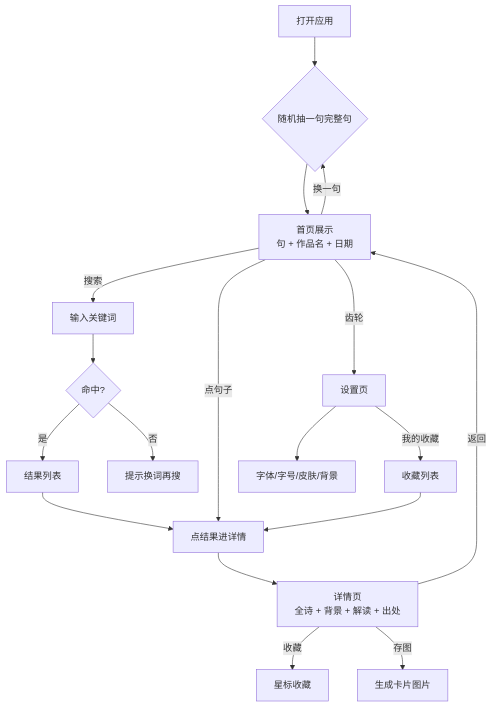
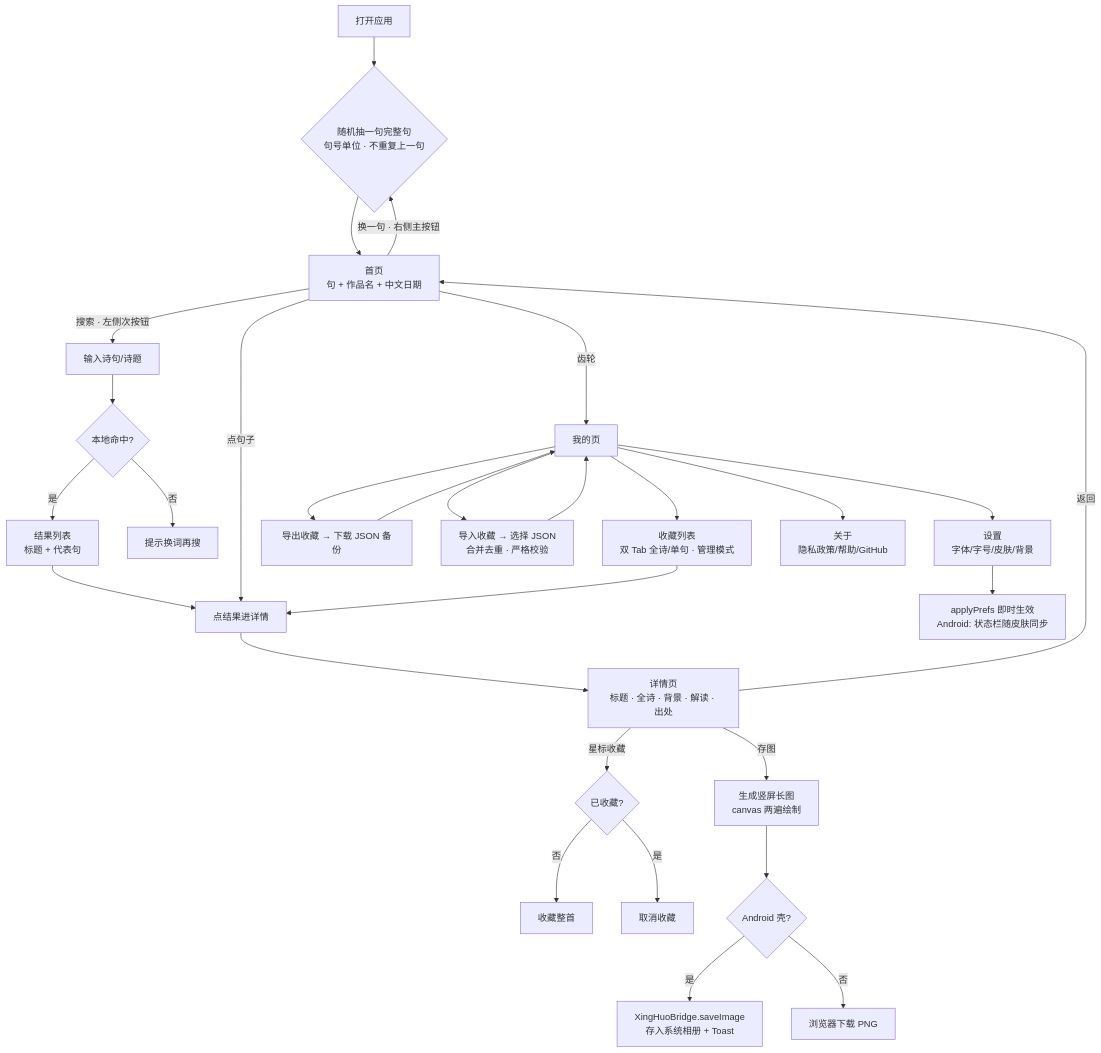
Before and after one commit to CristinaHan/MaoPoem: the first of 6 diagrams in docs/产品流程图.md, drawn with Mermaid. The commit also changed other lines of this file and 55 other files, not shown here.

````diff
--- a/docs/产品流程图.md
+++ b/docs/产品流程图.md
@@ -7,20 +8,31 @@
 ```mermaid
 flowchart TD
-    A[打开应用] --> B{随机抽一句完整句}
-    B --> C[首页展示<br/>句 + 作品名 + 日期]
-    C -->|换一句| B
-    C -->|搜索| D[输入关键词]
-    D --> E{命中?}
-    E -->|是| F[结果列表]
+    A[打开应用] --> B{随机抽一句完整句<br/>句号单位 · 不重复上一句}
+    B --> C[首页<br/>句 + 作品名 + 中文日期]
+    C -->|换一句 · 右侧主按钮| B
+    C -->|搜索 · 左侧次按钮| D[输入诗句/诗题]
+    D --> E{本地命中?}
+    E -->|是| F[结果列表<br/>标题 + 代表句]
     E -->|否| G[提示换词再搜]
     F --> H[点结果进详情]
     C -->|点句子| H
-    H --> I[详情页<br/>全诗 + 背景 + 解读 + 出处]
-    I -->|收藏| J[星标收藏]
-    I -->|存图| K[生成卡片图片]
+    H --> I[详情页<br/>标题 · 全诗 · 背景 · 解读 · 出处]
+    I -->|星标收藏| J{已收藏?}
+    J -->|否| K[收藏整首]
+    J -->|是| L[取消收藏]
+    I -->|存图| M[生成竖屏长图<br/>canvas 两遍绘制]
+    M --> N{Android 壳?}
+    N -->|是| O[XingHuoBridge.saveImage<br/>存入系统相册 + Toast]
+    N -->|否| P[浏览器下载 PNG]
     I -->|返回| C
-    C -->|齿轮| L[设置页]
-    L --> M[字体/字号/皮肤/背景]
-    L -->|我的收藏| N[收藏列表]
-    N --> H
+    C -->|齿轮| Q[我的页]
+    Q --> R[收藏列表<br/>双 Tab 全诗/单句 · 管理模式]
+    Q --> S[导出收藏 → 下载 JSON 备份]
+    Q --> T[导入收藏 → 选择 JSON<br/>合并去重 · 严格校验]
+    Q --> U[设置<br/>字体/字号/皮肤/背景]
+    U --> V[applyPrefs 即时生效<br/>Android: 状态栏随皮肤同步]
+    Q --> W[关于<br/>隐私政策/帮助/GitHub]
+    R --> H
+    S --> Q
+    T --> Q
 ```
````
